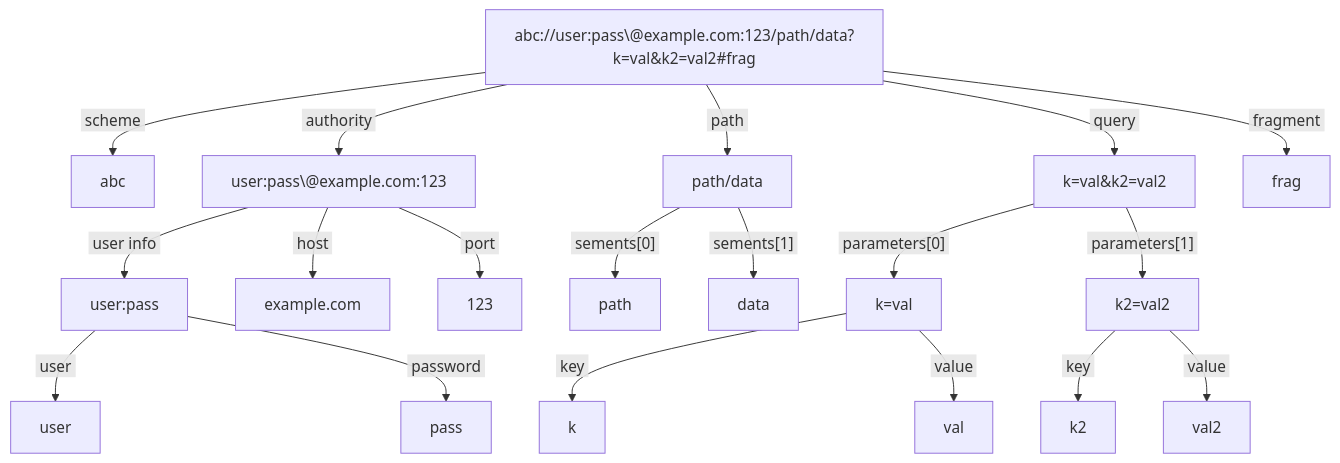
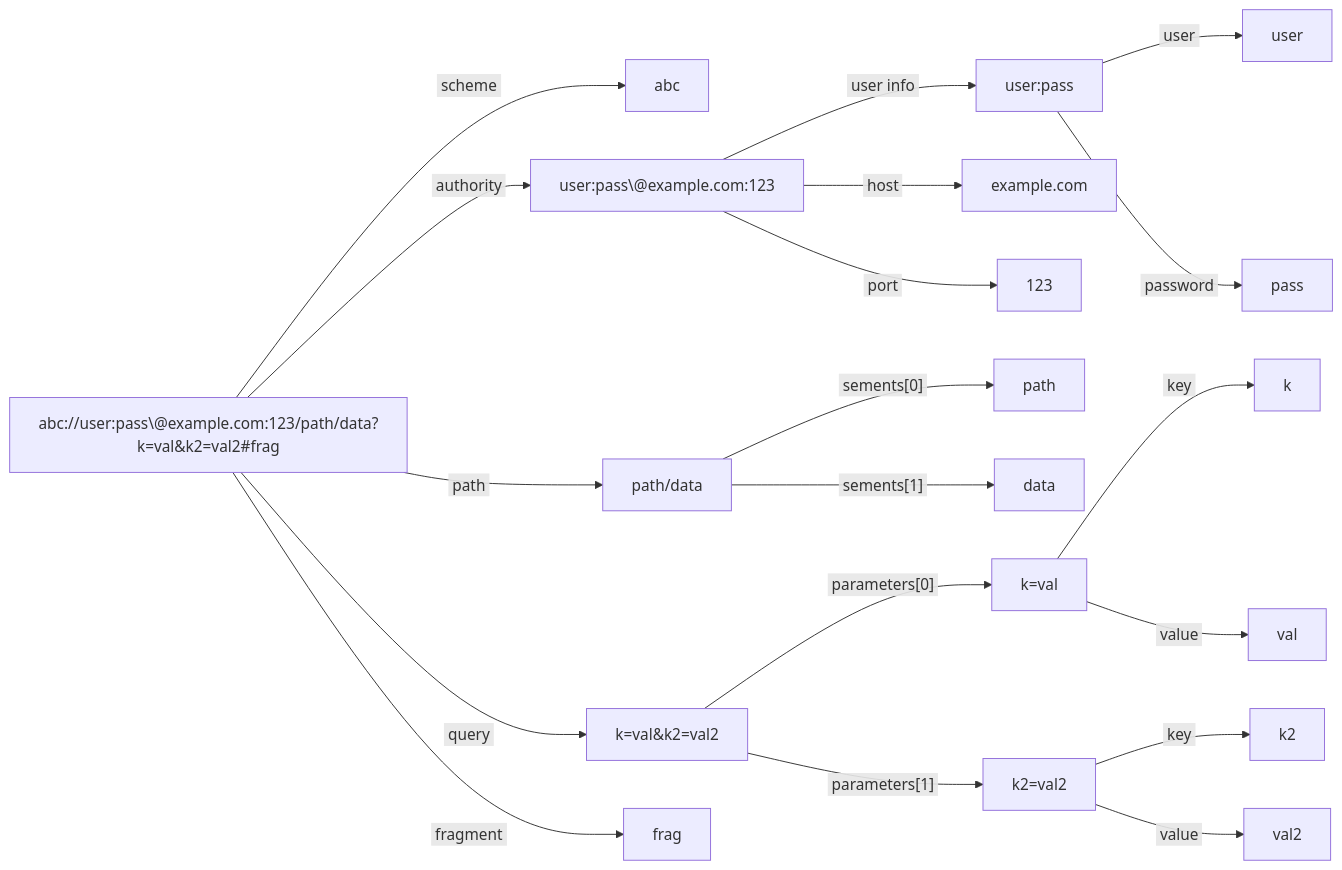
The diagram in 07.components/uri.md (boson-php/docs), drawn with Mermaid before and after one commit.

Commit message:
Improve mermaid URI diagram (part 2)

````diff
--- a/07.components/uri.md
+++ b/07.components/uri.md
@@ -27,41 +27,41 @@
 ```mermaid
-flowchart
+flowchart LR
     Uri --> |&nbsp;scheme&nbsp;| Scheme
     Uri --> |&nbsp;authority&nbsp;| Authority
     Uri --> |&nbsp;path&nbsp;| Path
     Uri --> |&nbsp;query&nbsp;| Query
     Uri --> |&nbsp;fragment&nbsp;| Fragment
     Authority --> |&nbsp;user info&nbsp;| UserInfo
     Authority --> |&nbsp;host&nbsp;| Host
     Authority --> |&nbsp;port&nbsp;| Port
     UserInfo --> |&nbsp;user&nbsp;| User
     UserInfo --> |&nbsp;password&nbsp;| Password
     Path --> |"&nbsp;sements[0]&nbsp;"| Segment1
     Path --> |"&nbsp;sements[1]&nbsp;"| Segment2
     Query --> |"&nbsp;parameters[0]&nbsp;"| Parameter1
     Query --> |"&nbsp;parameters[1]&nbsp;"| Parameter2
     Parameter1 --> |&nbsp;key&nbsp;| Parameter1Key
     Parameter1 --> |&nbsp;value&nbsp;| Parameter1Value
     Parameter2 --> |&nbsp;key&nbsp;| Parameter2Key
     Parameter2 --> |&nbsp;value&nbsp;| Parameter2Value
     
     Uri["abc://user:pass\@example.com:123/path/data?k=val&k2=val2#frag"]
     Scheme["abc"]
     Authority["user:pass\@example.com:123"]
     Path["path/data"]
     Query["k=val&k2=val2"]
     Fragment["frag"]
     UserInfo["user:pass"]
     User["user"]
     Password["pass"]
     Host["example.com"]
     Port["123"]
     Segment1["path"]
     Segment2["data"]
     Parameter1["k=val"]
     Parameter2["k2=val2"]
     Parameter1Key["k"]
     Parameter1Value["val"]
     Parameter2Key["k2"]
     Parameter2Value["val2"]
 ```
````
